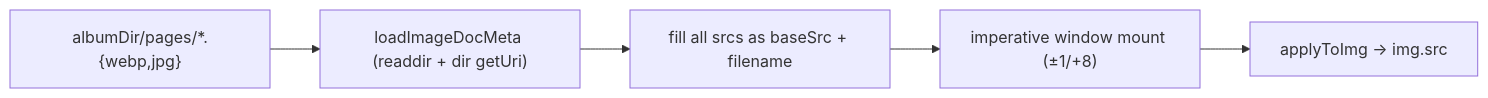
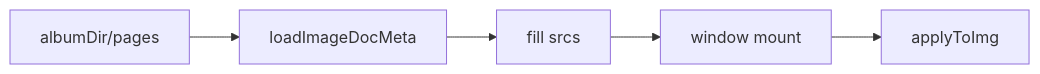
One commit to aDarkMaker/JMFM changed the second of 2 diagrams in docs/en/architecture/download.md. Above: the diagram before and after it, drawn with Mermaid. The commit also changed 20 other files, not shown here.

Commit message:
docs: fix mermaid diagrams and tighten wiki copy

````diff
--- a/docs/en/architecture/download.md
+++ b/docs/en/architecture/download.md
@@ -65,7 +65,7 @@
 ```mermaid
 flowchart LR
-    pages["albumDir/pages/*.{webp,jpg}"] --> meta["loadImageDocMeta (readdir + dir getUri)"]
-    meta --> srcs["fill all srcs as baseSrc + filename"]
-    srcs --> dom["imperative window mount (±1/+8)"]
-    dom --> img["applyToImg → img.src"]
+    pages[albumDir/pages] --> meta[loadImageDocMeta]
+    meta --> srcs[fill srcs]
+    srcs --> dom[window mount]
+    dom --> img[applyToImg]
 ```
````
